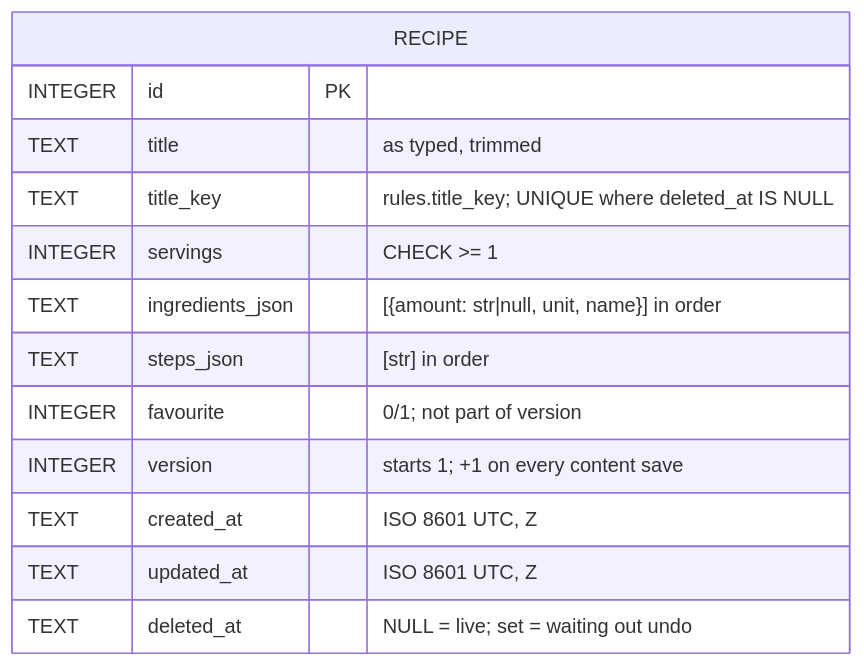
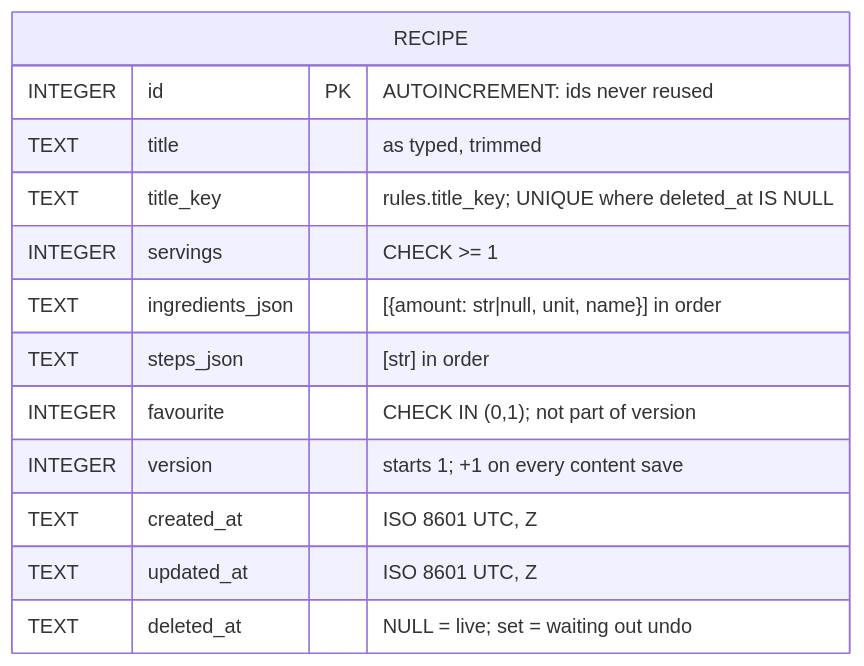
One commit to AbrahamLinksus/home-cookbook changed the diagram in docs/LLD.md. Above: the diagram before and after it, drawn with Mermaid. The commit also changed other lines of this file and 2 other files, not shown here.

````diff
--- a/docs/LLD.md
+++ b/docs/LLD.md
@@ -176,16 +179,16 @@
 ```mermaid
 erDiagram
     RECIPE {
-        INTEGER id PK
+        INTEGER id PK "AUTOINCREMENT: ids never reused"
         TEXT title "as typed, trimmed"
         TEXT title_key "rules.title_key; UNIQUE where deleted_at IS NULL"
         INTEGER servings "CHECK >= 1"
         TEXT ingredients_json "[{amount: str|null, unit, name}] in order"
         TEXT steps_json "[str] in order"
-        INTEGER favourite "0/1; not part of version"
+        INTEGER favourite "CHECK IN (0,1); not part of version"
         INTEGER version "starts 1; +1 on every content save"
         TEXT created_at "ISO 8601 UTC, Z"
         TEXT updated_at "ISO 8601 UTC, Z"
         TEXT deleted_at "NULL = live; set = waiting out undo"
     }
 ```
````
